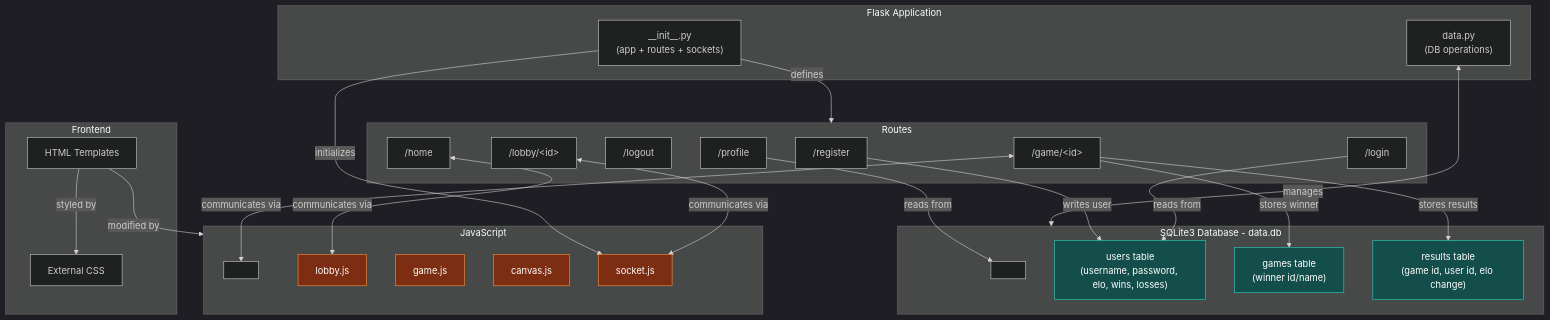
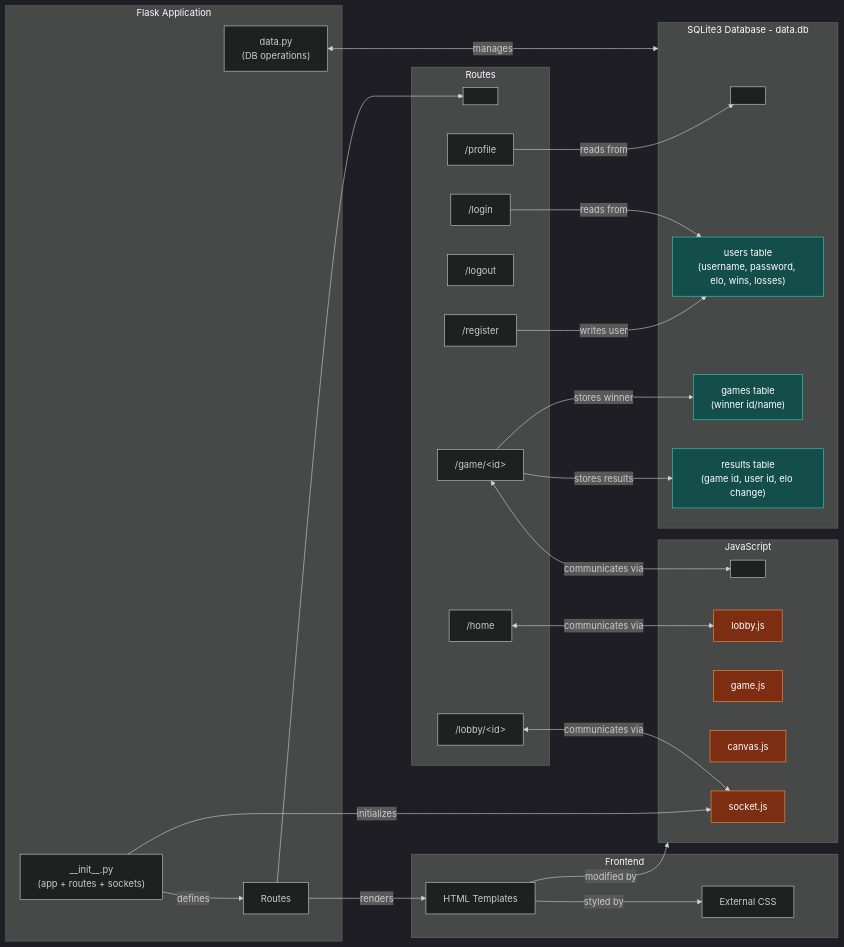
One commit to SadgeCat/CopyrightedArtist changed the first of 2 diagrams in design.md. Above: the diagram before and after it, drawn with Mermaid.

Commit message:
clean up diamgra

````diff
--- a/design.md
+++ b/design.md
@@ -90,60 +90,64 @@
 ```mermaid
 ---
 config:
   theme: dark
 ---
-flowchart TB
+flowchart LR
  subgraph FlaskApp["Flask Application"]
         Init["__init__.py<br>(app + routes + sockets)"]
+        Routes["Routes"]
         DataPy["data.py<br>(DB operations)"]
   end
  subgraph RoutesDetail["Routes"]
+        RouteAnchor[" "]
         Register["/register"]
         Login["/login"]
         Logout["/logout"]
         Home["/home"]
         Lobby["/lobby/&lt;id&gt;"]
         Game["/game/&lt;id&gt;"]
         Profile["/profile"]
   end
  subgraph Database["SQLite3 Database - data.db"]
         DBAnchor[" "]
         UsersTable["users table<br>(username, password, elo, wins, losses)"]
         GamesTable["games table<br>(winner id/name)"]
         ResultsTable["results table<br>(game id, user id, elo change)"]
   end
  subgraph Frontend["Frontend"]
         HTML["HTML Templates"]
         CSS["External CSS"]
   end
  subgraph JSModules["JavaScript"]
         JSAnchor[" "]
         LobbyJS["lobby.js"]
         GameJS["game.js"]
         CanvasJS["canvas.js"]
         SocketJS["socket.js"]
   end
-    Init -- defines --> RoutesDetail
+    Init -- defines --> Routes
     Init -- initializes --> SocketJS
+    Routes --> RouteAnchor
     Register -- writes user --> UsersTable
     Login -- reads from --> UsersTable
     Profile -- reads from --> DBAnchor
     DataPy <-- manages --> Database
     Game -- stores winner --> GamesTable
     Game -- stores results --> ResultsTable
+    Routes -- renders --> HTML
     HTML -- styled by --> CSS
     HTML -- modified by --> JSModules
     Home <-- communicates via --> LobbyJS
     Lobby <-- communicates via --> SocketJS
     Game <-- communicates via --> JSAnchor
 
      UsersTable:::dbNode
      GamesTable:::dbNode
      ResultsTable:::dbNode
      LobbyJS:::jsNode
      GameJS:::jsNode
      CanvasJS:::jsNode
      SocketJS:::jsNode
     classDef dbNode fill:#134e4a,stroke:#2dd4bf,color:#ffffff
     classDef jsNode fill:#7c2d12,stroke:#fb923c,color:#ffffff
 ```
````
